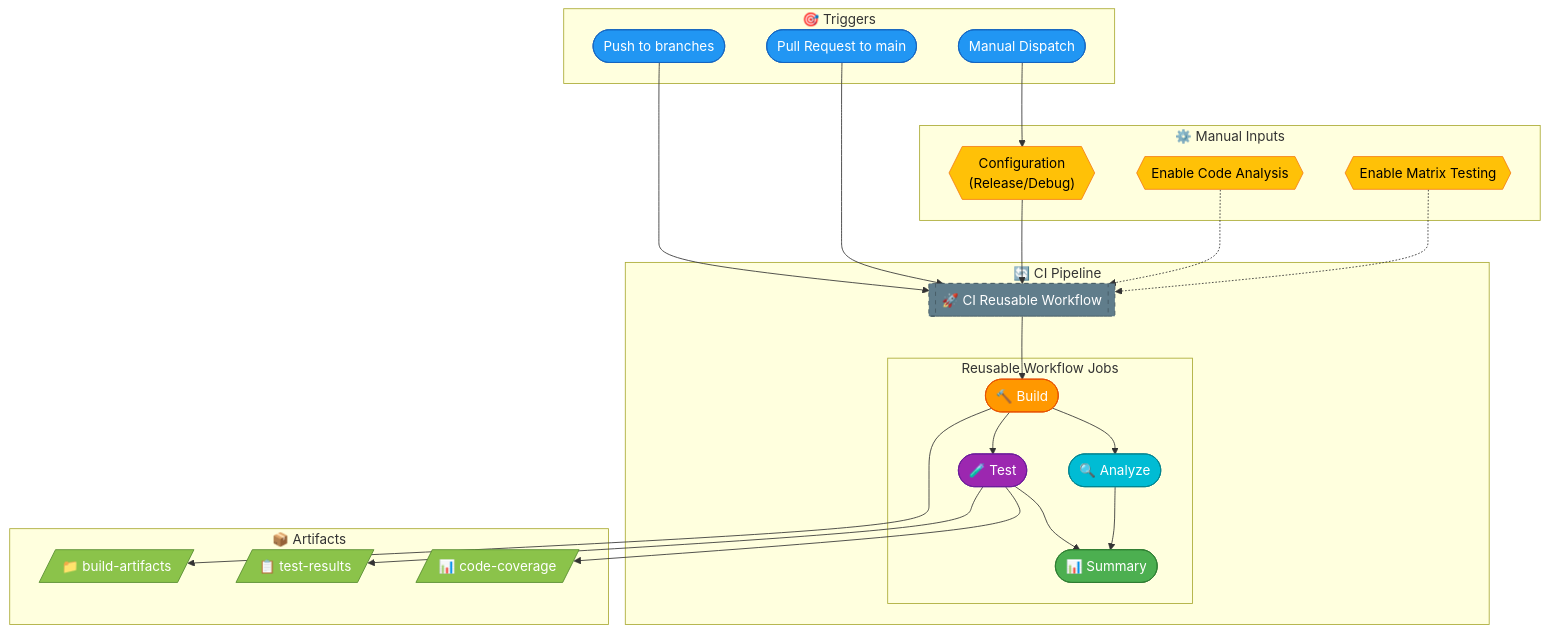
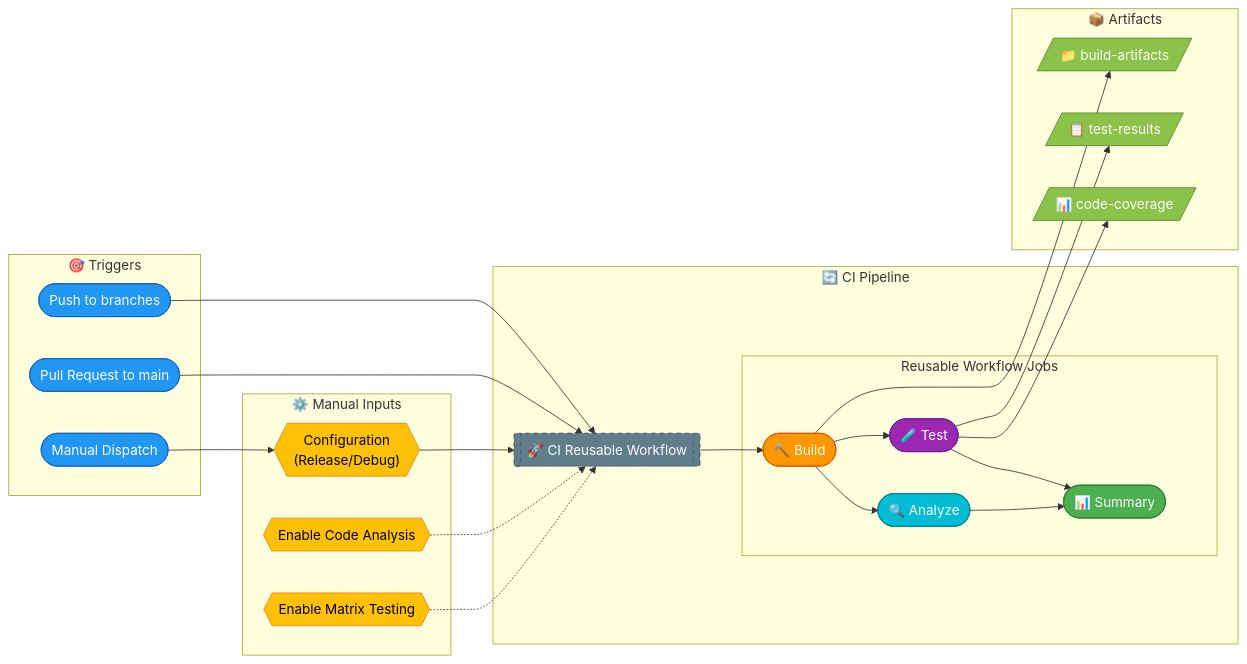
Before and after one commit to Evilazaro/Azure-LogicApps-Monitoring: the diagram in docs/devops/ci-dotnet.md, drawn with Mermaid. The commit also changed 2 other files, not shown here.

Commit message:
docs: Update pipeline visualizations to use left-to-right flow for clarity in CI and CD documentation

````diff
--- a/docs/devops/ci-dotnet.md
+++ b/docs/devops/ci-dotnet.md
@@ -20,70 +20,70 @@
 ```mermaid
-flowchart TD
+flowchart LR
     subgraph Triggers["🎯 Triggers"]
         push([Push to branches])
         pr([Pull Request to main])
         manual([Manual Dispatch])
     end
 
     subgraph Inputs["⚙️ Manual Inputs"]
         config{{"Configuration<br/>(Release/Debug)"}}
         analysis{{"Enable Code Analysis"}}
         matrix{{"Enable Matrix Testing"}}
     end
 
     subgraph CI["🔄 CI Pipeline"]
         ci_call[["🚀 CI Reusable Workflow"]]
         
         subgraph Jobs["Reusable Workflow Jobs"]
             build(["🔨 Build"])
             test(["🧪 Test"])
             analyze(["🔍 Analyze"])
             summary(["📊 Summary"])
         end
     end
 
     subgraph Artifacts["📦 Artifacts"]
         build_art[/"📁 build-artifacts"/]
         test_art[/"📋 test-results"/]
         cov_art[/"📊 code-coverage"/]
     end
 
     %% Trigger flow
     push --> ci_call
     pr --> ci_call
     manual --> config
     config --> ci_call
     analysis -.-> ci_call
     matrix -.-> ci_call
 
     %% CI flow
     ci_call --> build
     build --> test
     build --> analyze
     test --> summary
     analyze --> summary
 
     %% Artifact flow
     build --> build_art
     test --> test_art
     test --> cov_art
 
     %% Styling
     classDef trigger fill:#2196F3,stroke:#1565C0,color:#fff
     classDef input fill:#FFC107,stroke:#F57F17,color:#000
     classDef reusable fill:#607D8B,stroke:#455A64,color:#fff,stroke-dasharray: 5 5
     classDef build fill:#FF9800,stroke:#E65100,color:#fff
     classDef test fill:#9C27B0,stroke:#6A1B9A,color:#fff
     classDef analyze fill:#00BCD4,stroke:#00838F,color:#fff
     classDef summary fill:#4CAF50,stroke:#2E7D32,color:#fff
     classDef artifact fill:#8BC34A,stroke:#558B2F,color:#fff
 
     class push,pr,manual trigger
     class config,analysis,matrix input
     class ci_call reusable
     class build build
     class test test
     class analyze analyze
     class summary summary
     class build_art,test_art,cov_art artifact
 ```
````
